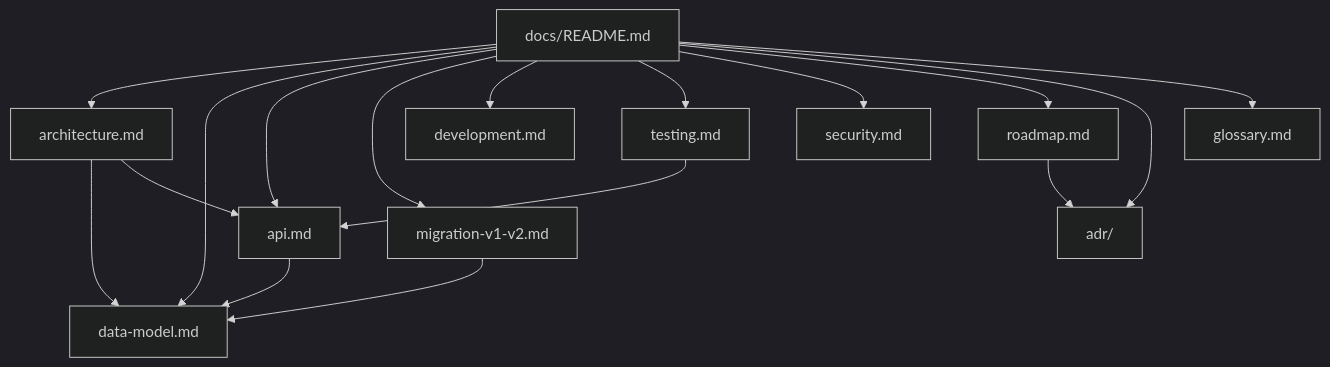
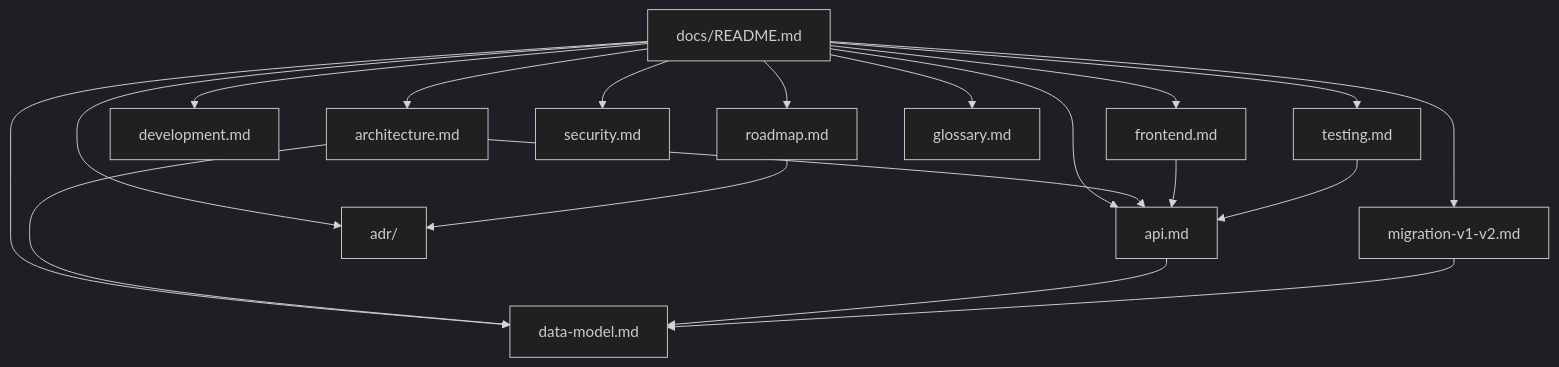
One commit to HDias/job-search changed the diagram in docs/README.md. Above: the diagram before and after it, drawn with Mermaid (dark theme). The commit also changed other lines of this file and 8 other files, not shown here.

````diff
--- a/docs/README.md
+++ b/docs/README.md
@@ -35,32 +37,35 @@
 ```mermaid
 flowchart TB
   IDX["docs/README.md"]
   ARCH["architecture.md"]
+  FRONT["frontend.md"]
   DATA["data-model.md"]
   API["api.md"]
   MIG["migration-v1-v2.md"]
   DEV["development.md"]
   TEST["testing.md"]
   SEC["security.md"]
   ROAD["roadmap.md"]
   ADR["adr/"]
   GLO["glossary.md"]
 
   IDX --> ARCH
+  IDX --> FRONT
   IDX --> DATA
   IDX --> API
   IDX --> MIG
   IDX --> DEV
   IDX --> TEST
   IDX --> SEC
   IDX --> ROAD
   IDX --> ADR
   IDX --> GLO
 
   ARCH --> DATA
   ARCH --> API
+  FRONT --> API
   API --> DATA
   MIG --> DATA
   TEST --> API
   ROAD --> ADR
 ```
````
